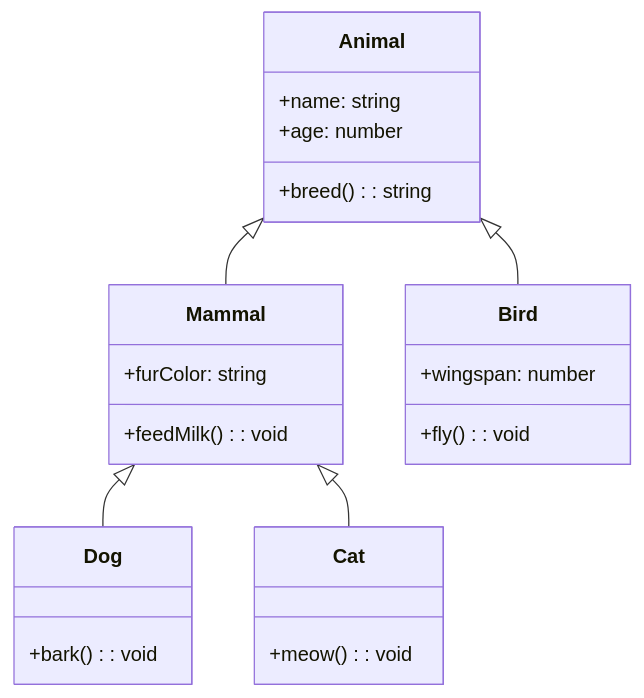
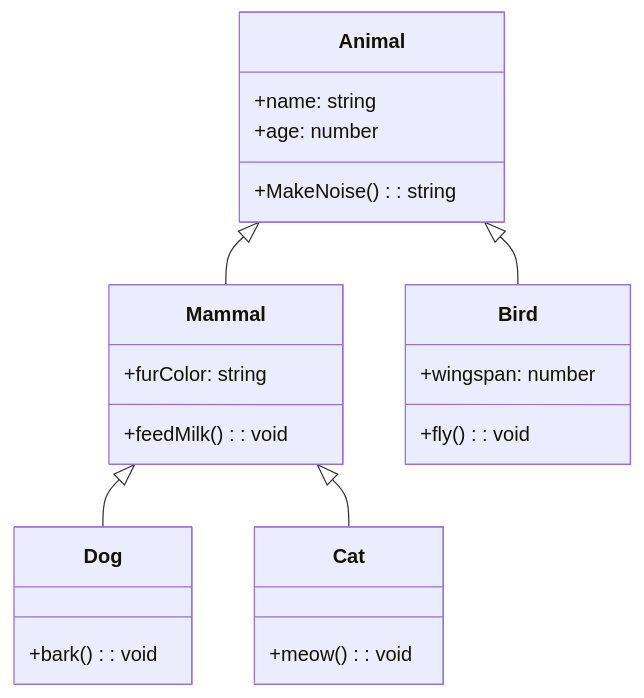
The diagram in Blok 1/Dag08/Inheritance.md (link007113/TraineeshipNotes), drawn with Mermaid before and after one commit. The commit also changed other lines of this file and 2 other files, not shown here.

Commit message:
vault backup: 2023-05-09 10:49:36 files updated: 3

````diff
--- a/Blok 1/Dag08/Inheritance.md
+++ b/Blok 1/Dag08/Inheritance.md
@@ -89,28 +90,27 @@
 ```mermaid
-
 classDiagram
     class Animal{
         +name: string
         +age: number
-        +breed(): string
+        +MakeNoise(): string
     }
     class Mammal{
         +furColor: string
         +feedMilk(): void
     }
     class Bird{
         +wingspan: number
         +fly(): void
     }
     class Dog{
         +bark(): void
     }
     class Cat{
         +meow(): void
     }
 
     Animal <|-- Mammal
     Animal <|-- Bird
     Mammal <|-- Dog
     Mammal <|-- Cat
 ```
````
